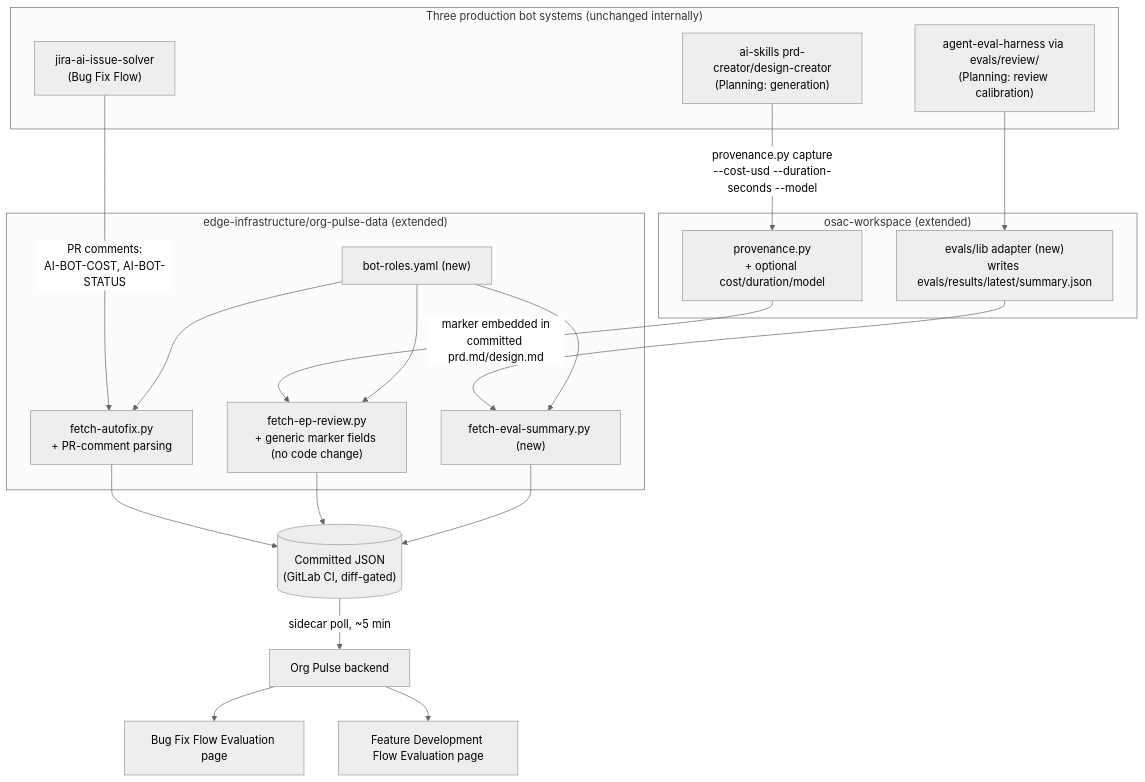
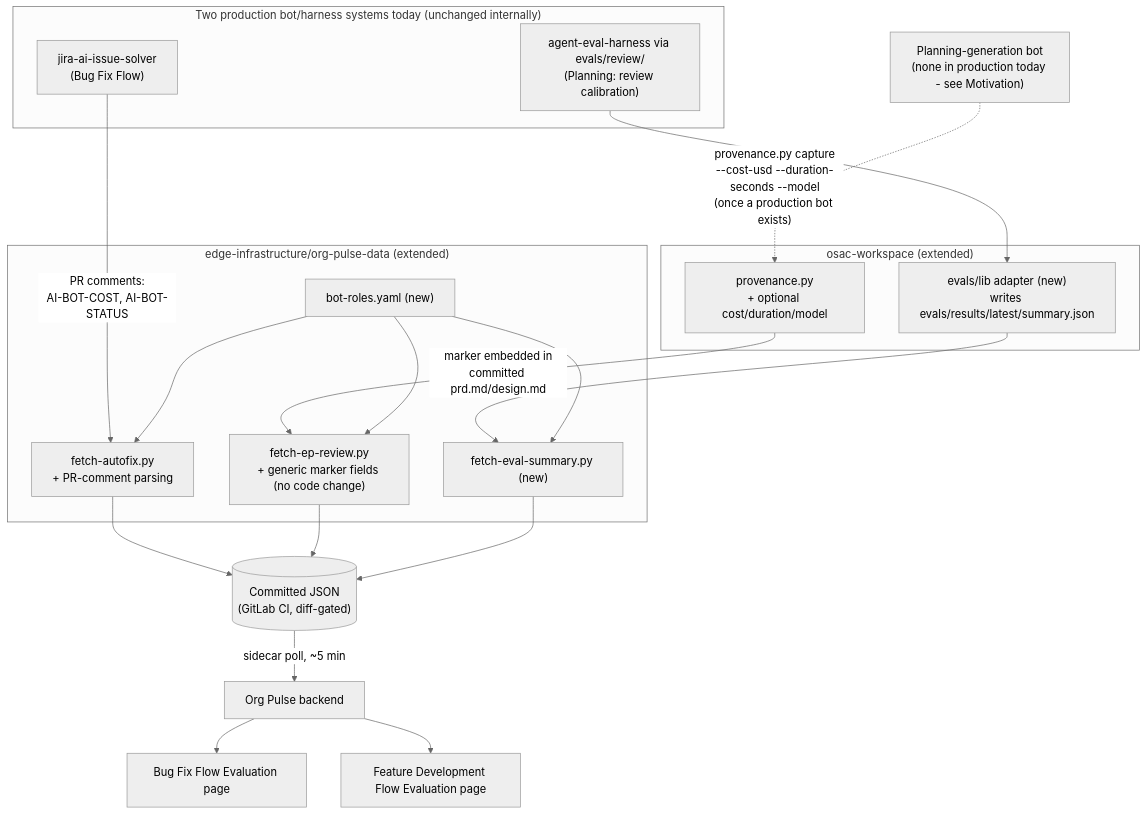
The first of 5 diagrams in enhancements/OSAC-959-agentic-sdlc-measurement/design.md (tchughesiv/enhancement-proposals), drawn with Mermaid (neutral theme) before and after one commit. The commit also changed other lines of this file, not shown here.

First line of the commit message:
Design OSAC-959: revise - correct eranco74 PoC status, de-reference stale Jira tree

````diff
--- a/enhancements/OSAC-959-agentic-sdlc-measurement/design.md
+++ b/enhancements/OSAC-959-agentic-sdlc-measurement/design.md
@@ -65,37 +67,38 @@
 ```mermaid
 flowchart TB
-    subgraph Bots["Three production bot systems (unchanged internally)"]
+    subgraph Bots["Two production bot/harness systems today (unchanged internally)"]
         BF["jira-ai-issue-solver<br/>(Bug Fix Flow)"]
-        PG["ai-skills prd-creator/design-creator<br/>(Planning: generation)"]
         RV["agent-eval-harness via evals/review/<br/>(Planning: review calibration)"]
     end
+
+    PG["Planning-generation bot<br/>(none in production today - see Motivation)"]
 
     subgraph OPD["edge-infrastructure/org-pulse-data (extended)"]
         FA["fetch-autofix.py<br/>+ PR-comment parsing"]
         FE["fetch-ep-review.py<br/>+ generic marker fields (no code change)"]
         FS["fetch-eval-summary.py (new)"]
         BR["bot-roles.yaml (new)"]
     end
 
     subgraph WS["osac-workspace (extended)"]
         PV["provenance.py<br/>+ optional cost/duration/model"]
         AD["evals/lib adapter (new)<br/>writes evals/results/latest/summary.json"]
     end
 
     BF -->|"PR comments:<br/>AI-BOT-COST, AI-BOT-STATUS"| FA
-    PG -->|"provenance.py capture<br/>--cost-usd --duration-seconds --model"| PV
+    PG -.->|"provenance.py capture<br/>--cost-usd --duration-seconds --model<br/>(once a production bot exists)"| PV
     PV -->|"marker embedded in<br/>committed prd.md/design.md"| FE
     RV --> AD
     AD --> FS
     BR --> FA
     BR --> FE
     BR --> FS
 
     FA --> JSON[("Committed JSON<br/>(GitLab CI, diff-gated)")]
     FE --> JSON
     FS --> JSON
 
     JSON -->|"sidecar poll, ~5 min"| ORG["Org Pulse backend"]
     ORG --> P1["Bug Fix Flow Evaluation page"]
     ORG --> P2["Feature Development Flow Evaluation page"]
 ```
````
